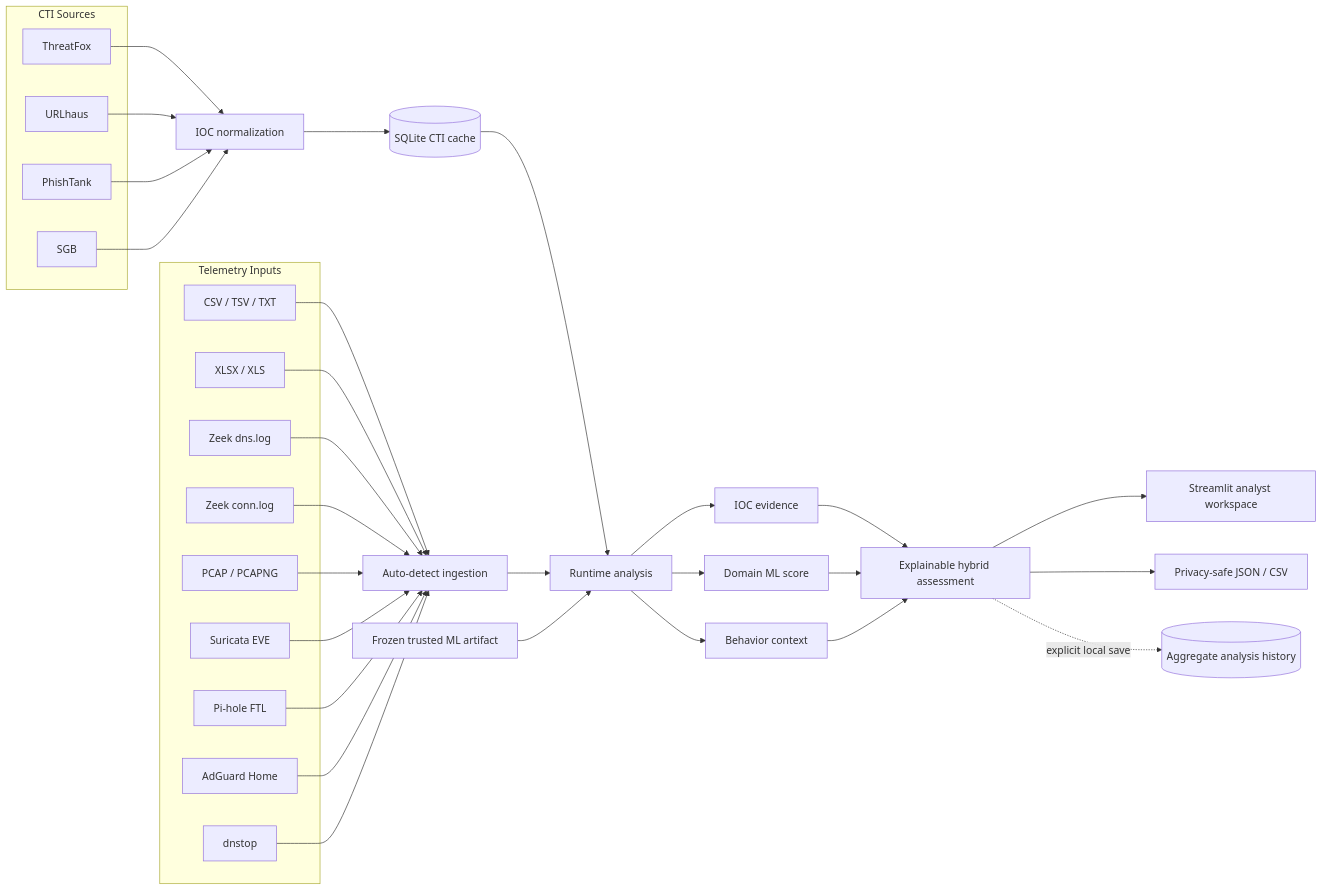
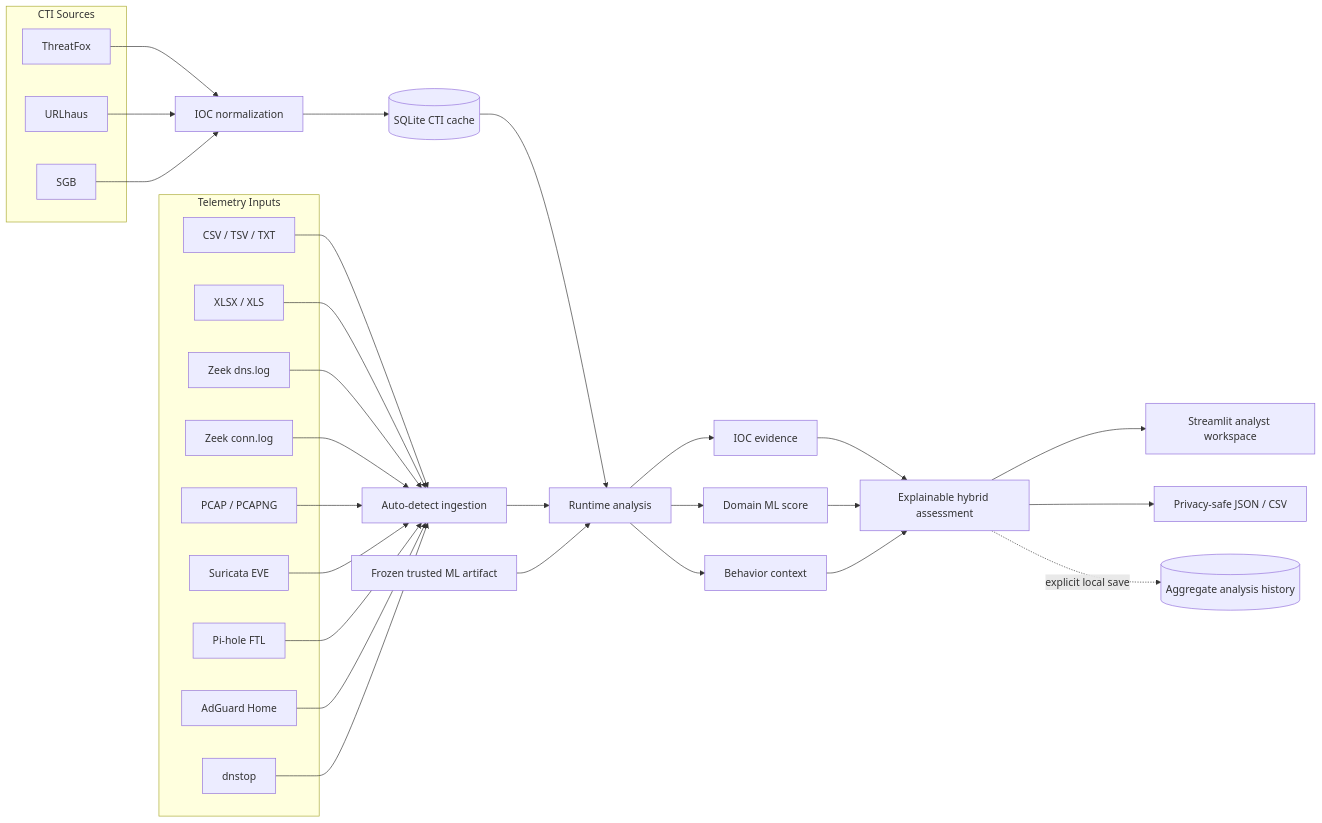
Before and after one commit to ConquestorYa/threatfusion-ai: the first of 2 diagrams in docs/ARCHITECTURE.md, drawn with Mermaid. The commit also changed other lines of this file and 30 other files, not shown here.

First line of the commit message:
feat(cti): remove PhishTank (DEC-089)

```diff
--- a/docs/ARCHITECTURE.md
+++ b/docs/ARCHITECTURE.md
@@ -47,53 +47,51 @@
 ~~~mermaid
 flowchart LR
     subgraph SOURCES["CTI Sources"]
         TF[ThreatFox]
         UH[URLhaus]
-        PT[PhishTank]
         SGB[SGB]
     end
 
     subgraph TELEMETRY["Telemetry Inputs"]
         T1[CSV / TSV / TXT]
         T2[XLSX / XLS]
         T3[Zeek dns.log]
         T4[Zeek conn.log]
         T5[PCAP / PCAPNG]
         T6[Suricata EVE]
         T7[Pi-hole FTL]
         T8[AdGuard Home]
         T9[dnstop]
     end
 
     TF --> NORM[IOC normalization]
     UH --> NORM
-    PT --> NORM
     SGB --> NORM
     NORM --> CACHE[(SQLite CTI cache)]
 
     T1 --> INGEST[Auto-detect ingestion]
     T2 --> INGEST
     T3 --> INGEST
     T4 --> INGEST
     T5 --> INGEST
     T6 --> INGEST
     T7 --> INGEST
     T8 --> INGEST
     T9 --> INGEST
 
     CACHE --> RUNTIME[Runtime analysis]
     INGEST --> RUNTIME
     MODEL[Frozen trusted ML artifact] --> RUNTIME
 
     RUNTIME --> MATCH[IOC evidence]
     RUNTIME --> ML[Domain ML score]
     RUNTIME --> BEHAVIOR[Behavior context]
 
     MATCH --> HYBRID[Explainable hybrid assessment]
     ML --> HYBRID
     BEHAVIOR --> HYBRID
 
     HYBRID --> UI[Streamlit analyst workspace]
     HYBRID --> EXPORT[Privacy-safe JSON / CSV]
     HYBRID -. explicit local save .-> HISTORY[(Aggregate analysis history)]
 ~~~
```
